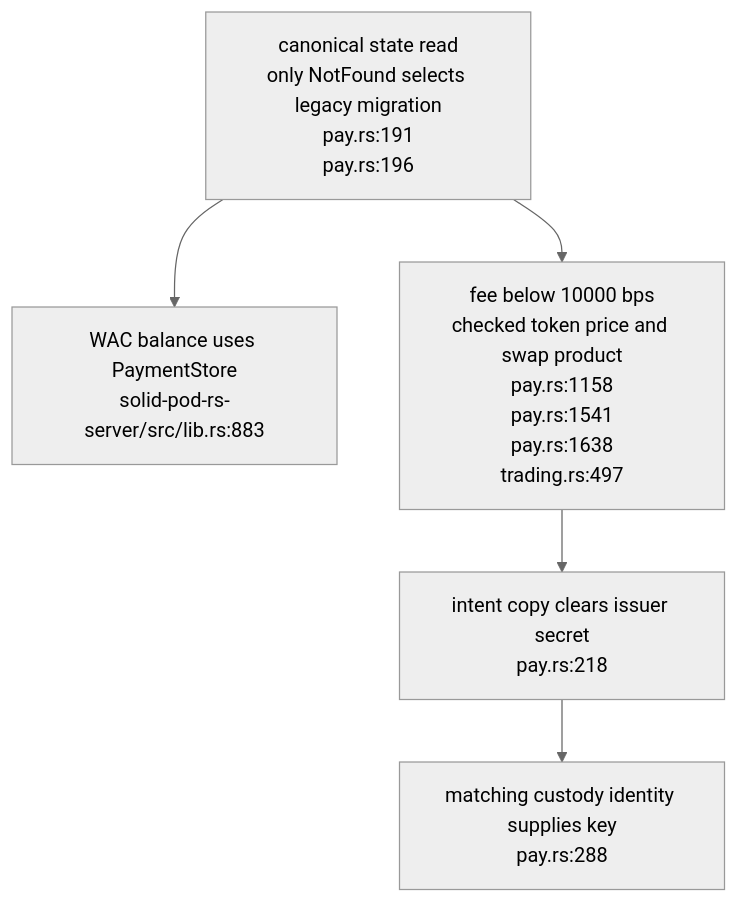
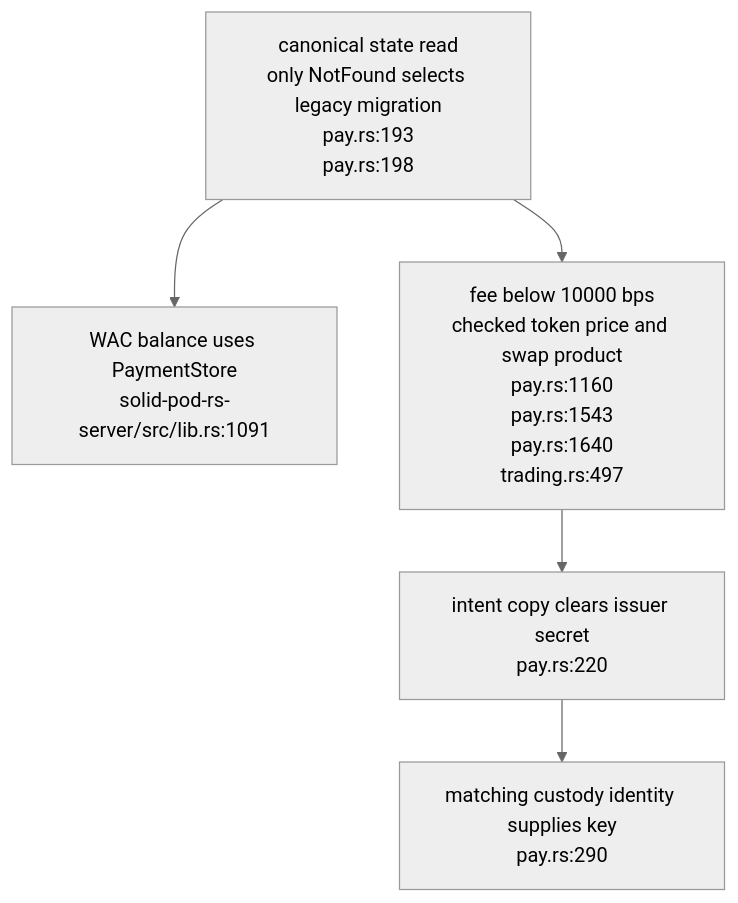
One commit to DreamLab-AI/VisionFlow changed the fourth of 5 diagrams in docs/diagrams/solid-pod-rs/15-authority-and-payment-repairs.md. Above: the diagram before and after it, drawn with Mermaid (neutral theme). The commit also changed other lines of this file and 2 other files, not shown here.

First line of the commit message:
docs(diagrams): SP-07, SP-10, SP-15 re-verified at solid-pod-rs a28a748

````diff
--- a/docs/diagrams/solid-pod-rs/15-authority-and-payment-repairs.md
+++ b/docs/diagrams/solid-pod-rs/15-authority-and-payment-repairs.md
@@ -77,10 +78,10 @@
 ```mermaid
 flowchart TB
-    STATE["canonical state read<br/>only NotFound selects legacy migration<br/>pay.rs:191<br/>pay.rs:196"]
-    BALANCE["WAC balance uses PaymentStore<br/>solid-pod-rs-server/src/lib.rs:883"]
-    BOUNDS["fee below 10000 bps<br/>checked token price and swap product<br/>pay.rs:1158<br/>pay.rs:1541<br/>pay.rs:1638<br/>trading.rs:497"]
-    INTENT["intent copy clears issuer secret<br/>pay.rs:218"]
-    RECOVER["matching custody identity supplies key<br/>pay.rs:288"]
+    STATE["canonical state read<br/>only NotFound selects legacy migration<br/>pay.rs:193<br/>pay.rs:198"]
+    BALANCE["WAC balance uses PaymentStore<br/>solid-pod-rs-server/src/lib.rs:1091"]
+    BOUNDS["fee below 10000 bps<br/>checked token price and swap product<br/>pay.rs:1160<br/>pay.rs:1543<br/>pay.rs:1640<br/>trading.rs:497"]
+    INTENT["intent copy clears issuer secret<br/>pay.rs:220"]
+    RECOVER["matching custody identity supplies key<br/>pay.rs:290"]
     STATE --> BALANCE
     STATE --> BOUNDS --> INTENT --> RECOVER
 ```
````
